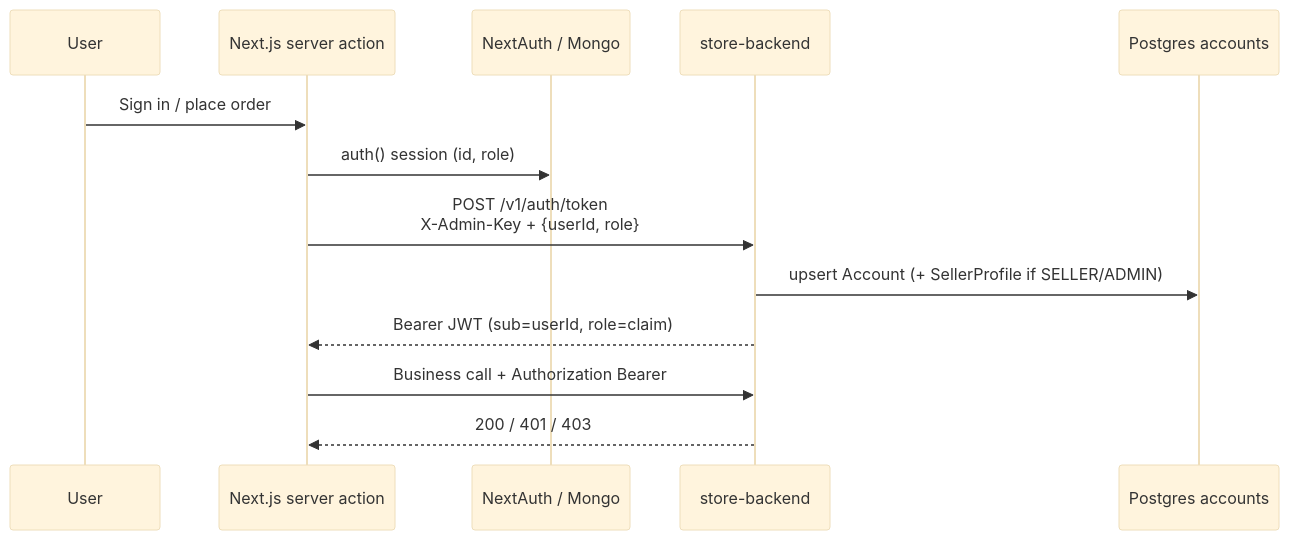
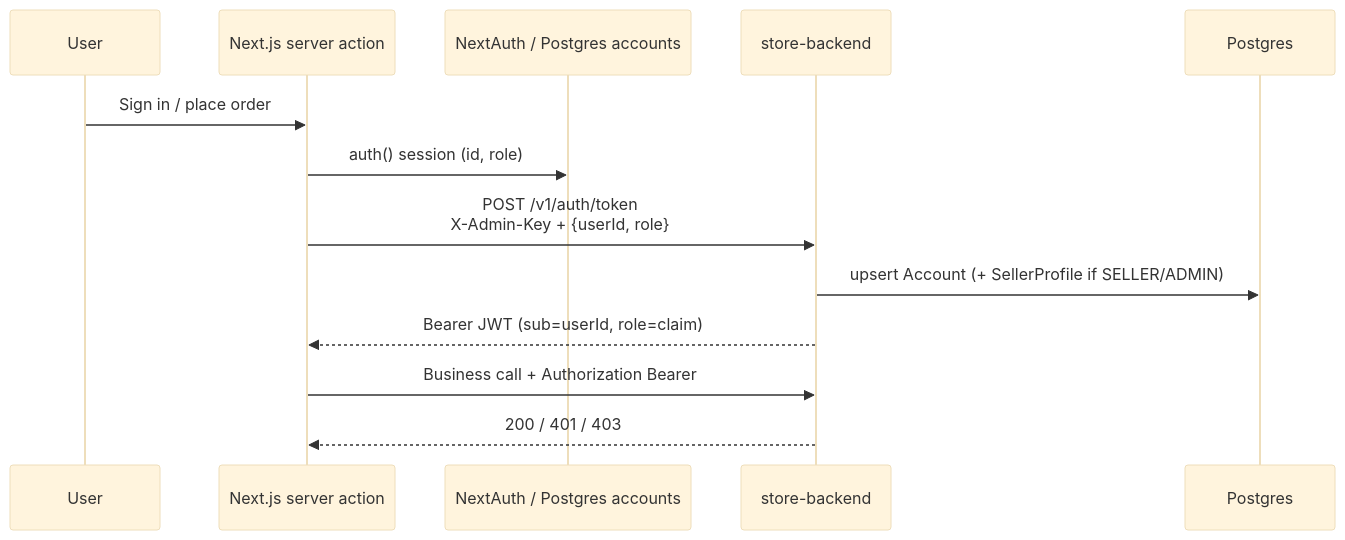
Before and after one commit to Quan-Trancs/ecommerce: the fourth of 7 diagrams in ROLES.md, drawn with Mermaid (base theme). The commit also changed other lines of this file and 26 other files, not shown here.

````diff
--- a/ROLES.md
+++ b/ROLES.md
@@ -101,16 +100,16 @@
 ```mermaid
 sequenceDiagram
   participant U as User
   participant FE as Next.js server action
-  participant NA as NextAuth / Mongo
+  participant NA as NextAuth / Postgres accounts
   participant API as store-backend
-  participant DB as Postgres accounts
+  participant DB as Postgres
 
   U->>FE: Sign in / place order
   FE->>NA: auth() session (id, role)
   FE->>API: POST /v1/auth/token<br/>X-Admin-Key + {userId, role}
   API->>DB: upsert Account (+ SellerProfile if SELLER/ADMIN)
   API-->>FE: Bearer JWT (sub=userId, role=claim)
   FE->>API: Business call + Authorization Bearer
   API-->>FE: 200 / 401 / 403
 ```
````
